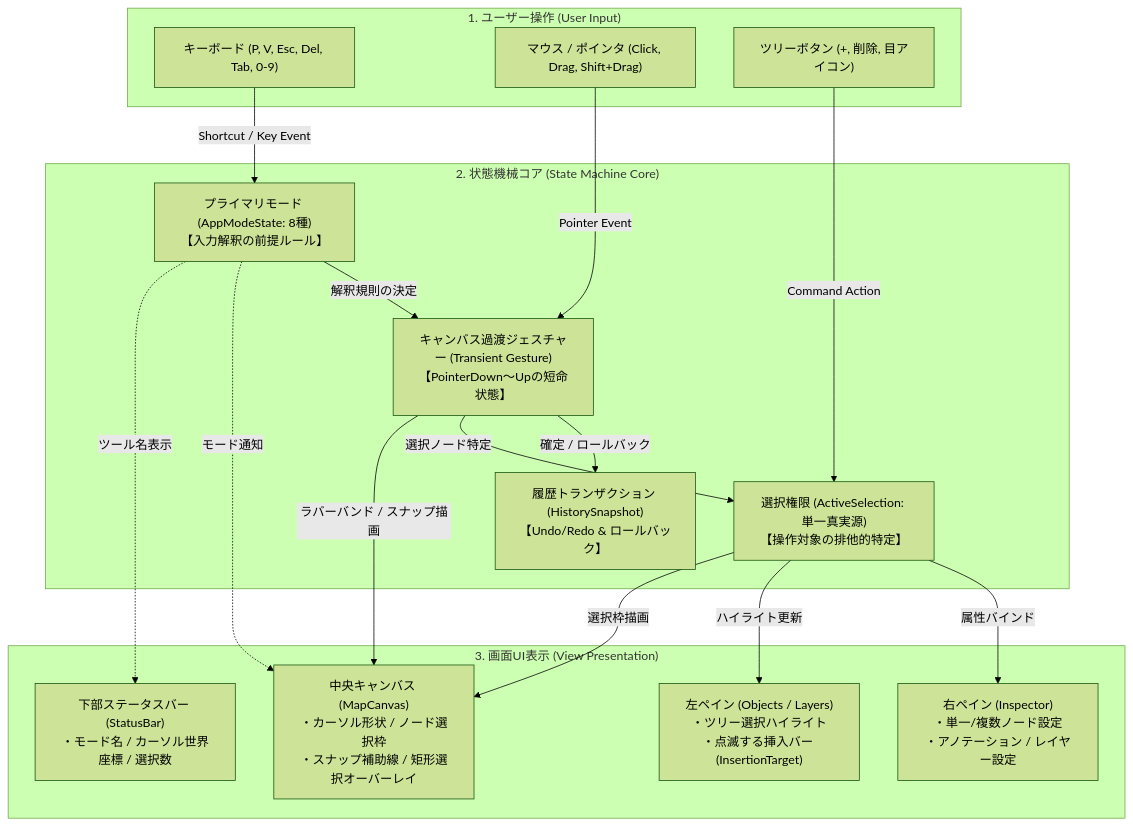
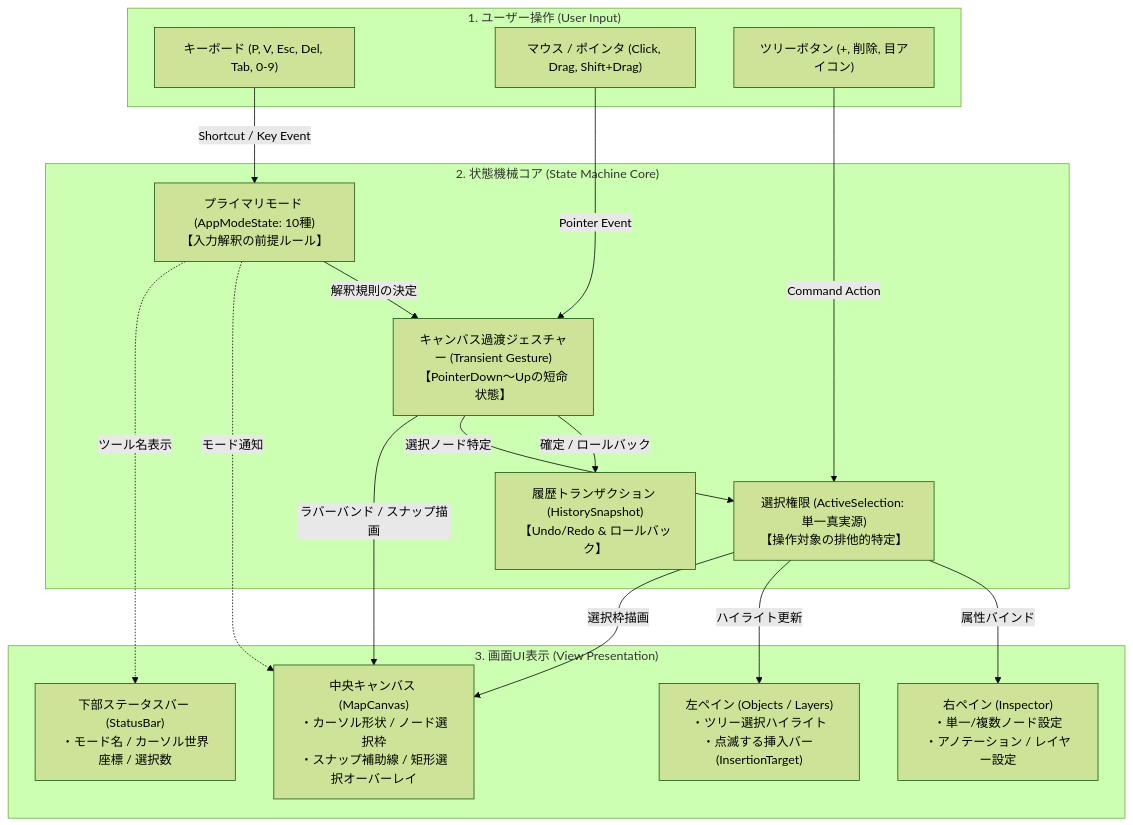
Before and after one commit to Chu-son/waypoint-tool: the second of 3 diagrams in docs/ARCHITECTURE.md, drawn with Mermaid (forest theme). The commit also changed other lines of this file and 6 other files, not shown here.

Commit message:
docs: 背景地図オーバーレイの仕様・状態機械・コンポーネントカタログ・ユーザーガイドを追加

````diff
--- a/docs/ARCHITECTURE.md
+++ b/docs/ARCHITECTURE.md
@@ -200,37 +208,37 @@
 ```mermaid
 graph TD
     subgraph UserInput ["1. ユーザー操作 (User Input)"]
         UI_Key["キーボード (P, V, Esc, Del, Tab, 0-9)"]
         UI_Mouse["マウス / ポインタ (Click, Drag, Shift+Drag)"]
         UI_TreeBtn["ツリーボタン (+, 削除, 目アイコン)"]
     end
 
     subgraph StateCore ["2. 状態機械コア (State Machine Core)"]
-        Axis_Mode["プライマリモード (AppModeState: 8種)<br>【入力解釈の前提ルール】"]
+        Axis_Mode["プライマリモード (AppModeState: 10種)<br>【入力解釈の前提ルール】"]
         Axis_Sel["選択権限 (ActiveSelection: 単一真実源)<br>【操作対象の排他的特定】"]
         Axis_Gest["キャンバス過渡ジェスチャー (Transient Gesture)<br>【PointerDown〜Upの短命状態】"]
         Axis_Hist["履歴トランザクション (HistorySnapshot)<br>【Undo/Redo & ロールバック】"]
     end
 
     subgraph ViewPresentation ["3. 画面UI表示 (View Presentation)"]
         V_Canvas["中央キャンバス (MapCanvas)<br>・カーソル形状 / ノード選択枠<br>・スナップ補助線 / 矩形選択オーバーレイ"]
         V_Left["左ペイン (Objects / Layers)<br>・ツリー選択ハイライト<br>・点滅する挿入バー (InsertionTarget)"]
         V_Right["右ペイン (Inspector)<br>・単一/複数ノード設定<br>・アノテーション / レイヤー設定"]
         V_Status["下部ステータスバー (StatusBar)<br>・モード名 / カーソル世界座標 / 選択数"]
     end
 
     UI_Key -->|Shortcut / Key Event| Axis_Mode
     UI_Mouse -->|Pointer Event| Axis_Gest
     UI_TreeBtn -->|Command Action| Axis_Sel
 
     Axis_Mode -->|解釈規則の決定| Axis_Gest
     Axis_Gest -->|確定 / ロールバック| Axis_Hist
     Axis_Gest -->|選択ノード特定| Axis_Sel
 
     Axis_Mode -. モード通知 .-> V_Canvas
     Axis_Mode -. ツール名表示 .-> V_Status
     Axis_Sel -->|属性バインド| V_Right
     Axis_Sel -->|ハイライト更新| V_Left
     Axis_Sel -->|選択枠描画| V_Canvas
     Axis_Gest -->|ラバーバンド / スナップ描画| V_Canvas
 ```
````
